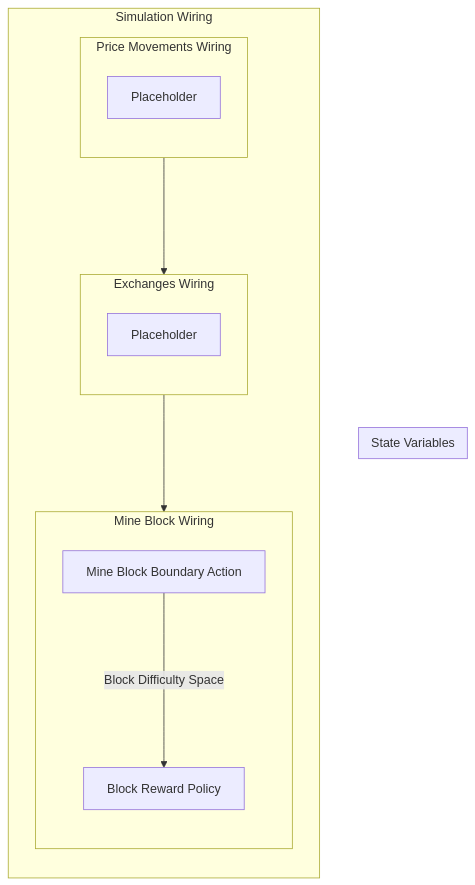
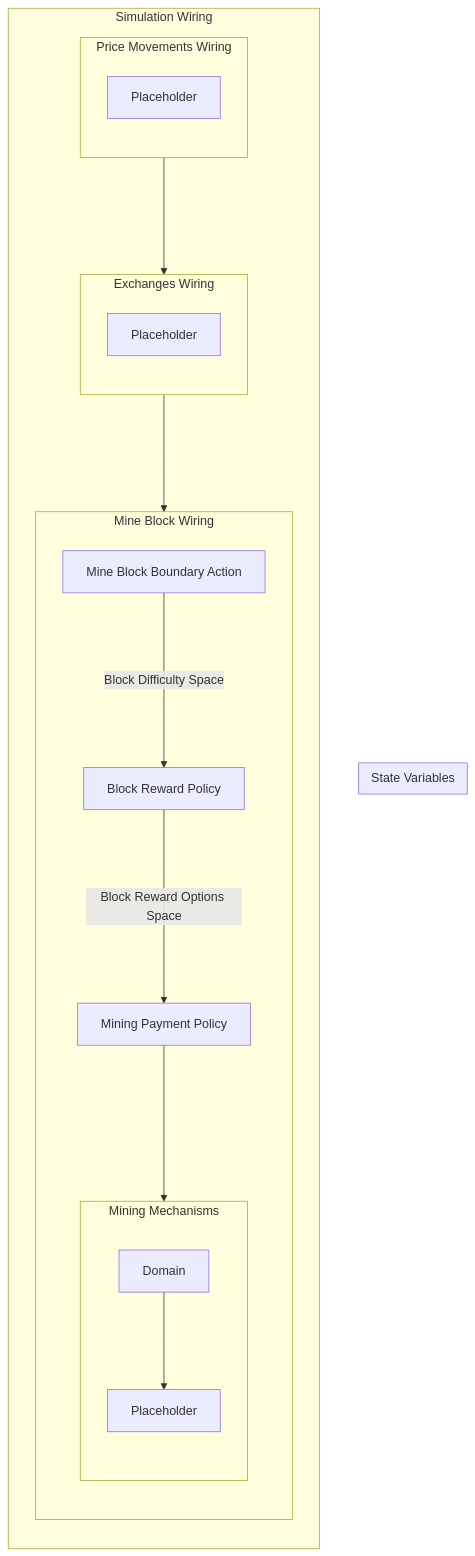
Before and after one commit to dominant-strategies/Quai-Macro-Model: the diagram in Spec/obsidian/Wiring/Simulation Wiring.md, drawn with Mermaid. The commit also changed other lines of this file and 11 other files, not shown here.

Commit message:
Mining payment policy

````diff
--- a/Spec/obsidian/Wiring/Simulation Wiring.md
+++ b/Spec/obsidian/Wiring/Simulation Wiring.md
@@ -3,26 +3,38 @@
 ```mermaid
 graph TB
 
 subgraph SVS["State Variables"]
 end
 
-subgraph X8["Simulation Wiring"]
+subgraph X13["Simulation Wiring"]
 direction TB
 subgraph X2["Price Movements Wiring"]
 direction TB
 X1["Placeholder"]
 end
 subgraph X4["Exchanges Wiring"]
 direction TB
 X3["Placeholder"]
 end
-subgraph X7["Mine Block Wiring"]
+subgraph X12["Mine Block Wiring"]
 direction TB
 X5["Mine Block Boundary Action"]
 X6["Block Reward Policy"]
+X7["Mining Payment Policy"]
+subgraph X11["Mining Mechanisms"]
+direction TB
+X8["Placeholder"]
+X9[Domain]
+
+direction LR
+direction TB
+X9 --> X8
+end
 X5--"Block Difficulty Space"--->X6
+X6--"Block Reward Options Space"--->X7
+X7--->X11
 end
 X2--->X4
-X4--->X7
+X4--->X12
 end
 ```
````
